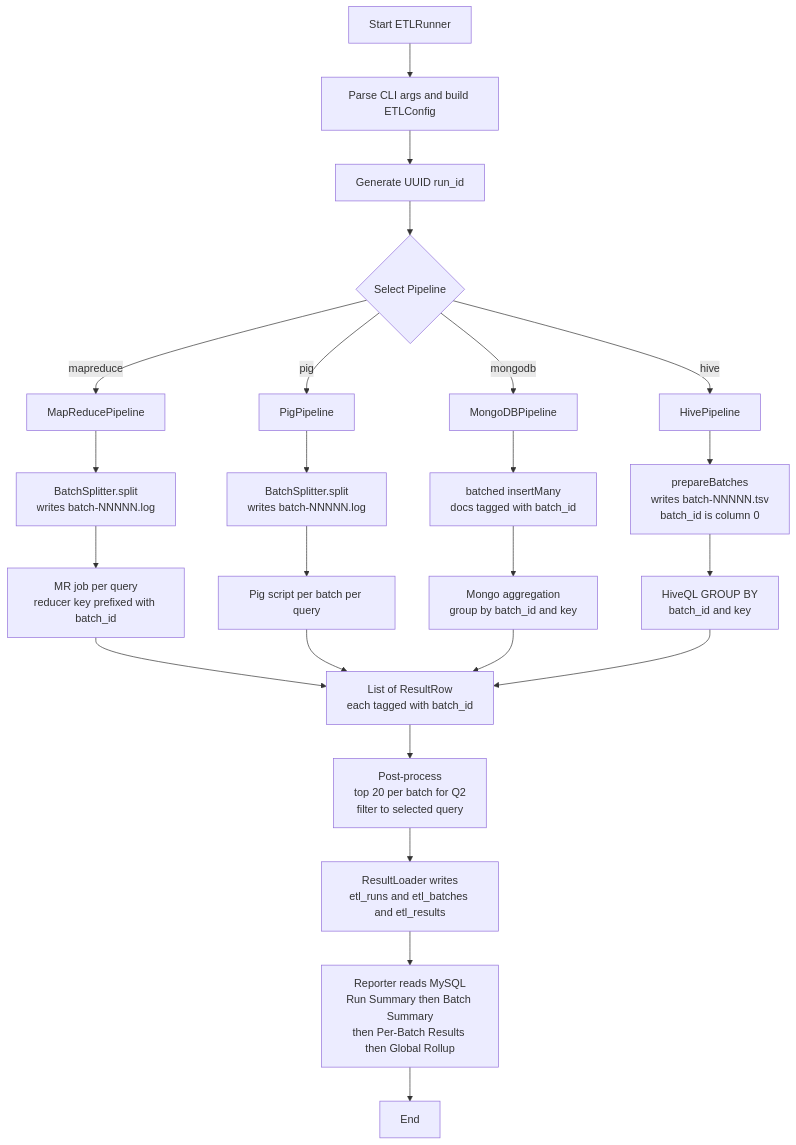
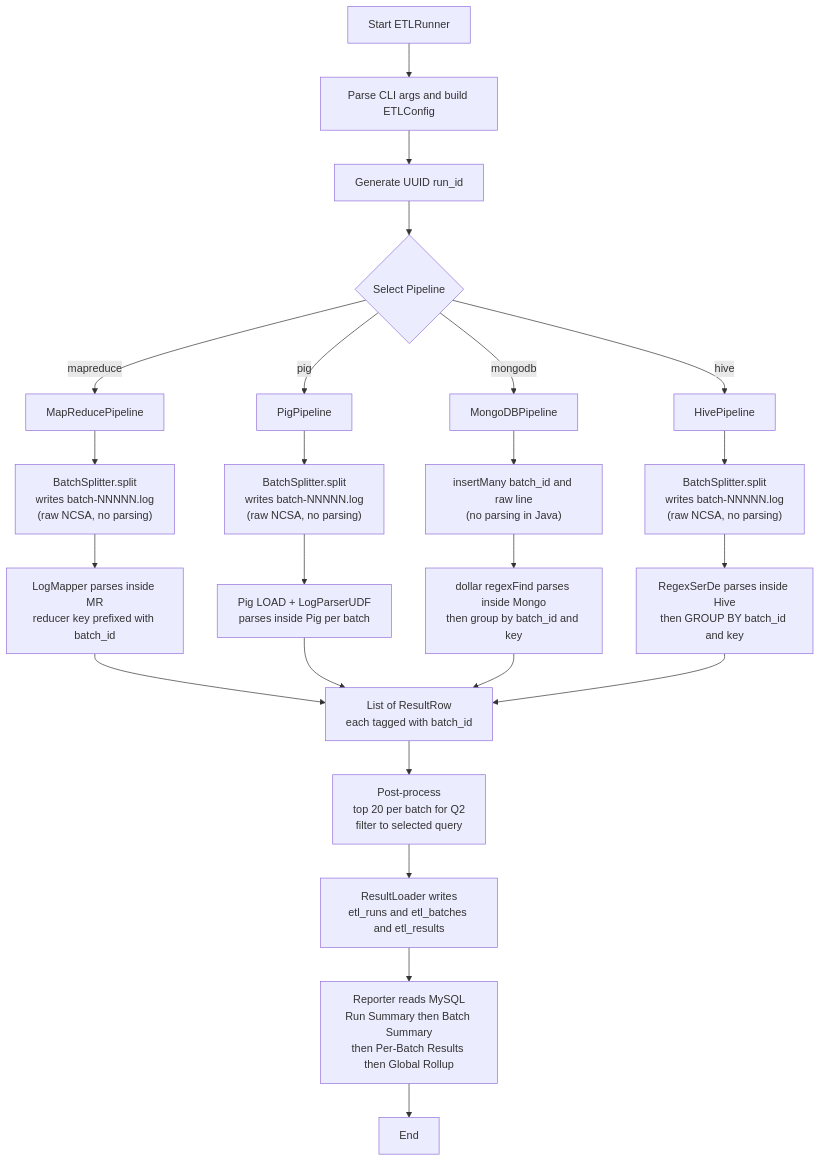
One commit to Rohitangshu2026/NoSQL changed the second of 7 diagrams in Project/etl-framework/README.md. Above: the diagram before and after it, drawn with Mermaid. The commit also changed other lines of this file and 2 other files, not shown here.

First line of the commit message:
refactor(mongo,hive): push parsing inside the engine

````diff
--- a/Project/etl-framework/README.md
+++ b/Project/etl-framework/README.md
@@ -189,35 +192,35 @@
 ```mermaid
 flowchart TD
 
 A["Start ETLRunner"] --> B["Parse CLI args and build ETLConfig"]
 B --> C["Generate UUID run_id"]
 C --> D{"Select Pipeline"}
 
 D -->|mapreduce| MR["MapReducePipeline"]
 D -->|pig| PG["PigPipeline"]
 D -->|mongodb| MG["MongoDBPipeline"]
 D -->|hive| HV["HivePipeline"]
 
-MR --> BS1["BatchSplitter.split<br/>writes batch-NNNNN.log"]
-PG --> BS2["BatchSplitter.split<br/>writes batch-NNNNN.log"]
-MG --> BS3["batched insertMany<br/>docs tagged with batch_id"]
-HV --> BS4["prepareBatches<br/>writes batch-NNNNN.tsv<br/>batch_id is column 0"]
+MR --> BS1["BatchSplitter.split<br/>writes batch-NNNNN.log<br/>(raw NCSA, no parsing)"]
+PG --> BS2["BatchSplitter.split<br/>writes batch-NNNNN.log<br/>(raw NCSA, no parsing)"]
+MG --> BS3["insertMany batch_id and raw line<br/>(no parsing in Java)"]
+HV --> BS4["BatchSplitter.split<br/>writes batch-NNNNN.log<br/>(raw NCSA, no parsing)"]
 
-BS1 --> EX1["MR job per query<br/>reducer key prefixed with batch_id"]
-BS2 --> EX2["Pig script per batch per query"]
-BS3 --> EX3["Mongo aggregation<br/>group by batch_id and key"]
-BS4 --> EX4["HiveQL GROUP BY<br/>batch_id and key"]
+BS1 --> EX1["LogMapper parses inside MR<br/>reducer key prefixed with batch_id"]
+BS2 --> EX2["Pig LOAD + LogParserUDF<br/>parses inside Pig per batch"]
+BS3 --> EX3["dollar regexFind parses inside Mongo<br/>then group by batch_id and key"]
+BS4 --> EX4["RegexSerDe parses inside Hive<br/>then GROUP BY batch_id and key"]
 
 EX1 --> RR["List of ResultRow<br/>each tagged with batch_id"]
 EX2 --> RR
 EX3 --> RR
 EX4 --> RR
 
 RR --> PP["Post-process<br/>top 20 per batch for Q2<br/>filter to selected query"]
 
 PP --> LD["ResultLoader writes<br/>etl_runs and etl_batches and etl_results"]
 
 LD --> RP["Reporter reads MySQL<br/>Run Summary then Batch Summary<br/>then Per-Batch Results then Global Rollup"]
 
 RP --> ENDN["End"]
 ```
````
